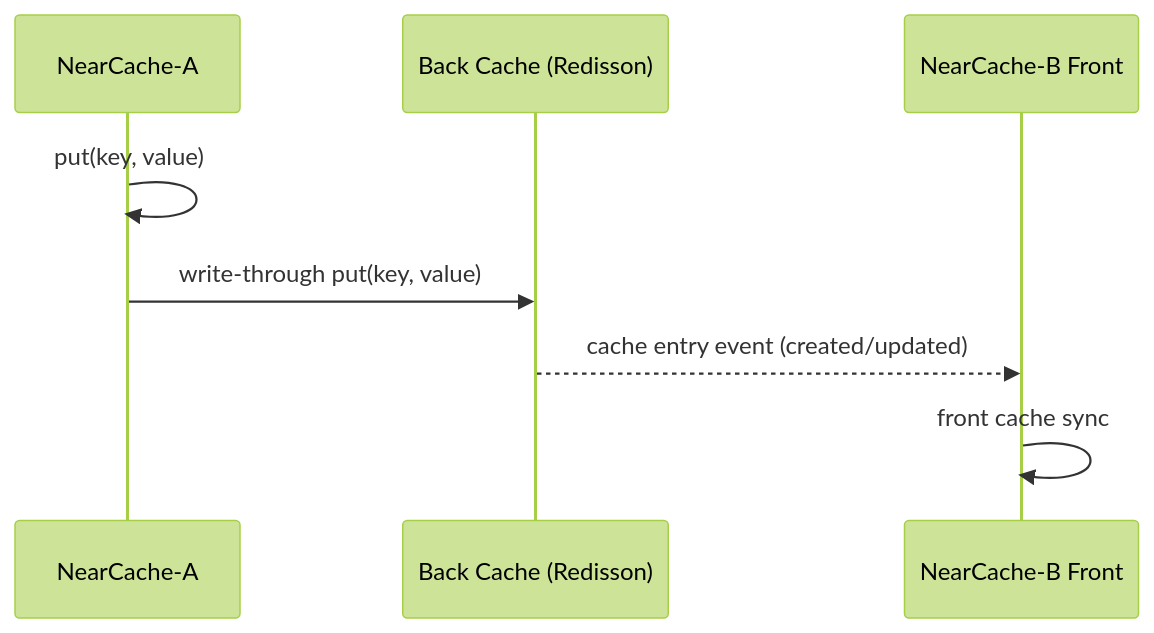
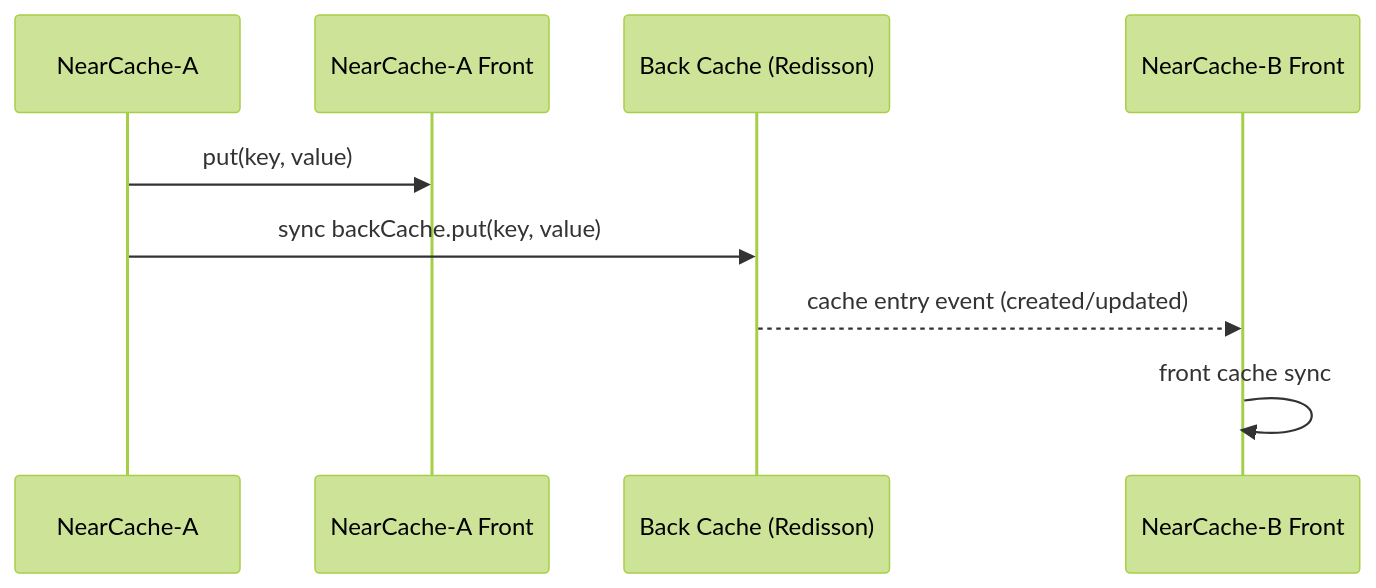
One commit to bluetape4k/bluetape4k-projects changed the third of 4 diagrams in infra/cache-redisson-near/README.md. Above: the diagram before and after it, drawn with Mermaid (forest theme). The commit also changed other lines of this file and 124 other files, not shown here.

First line of the commit message:
refactor: Cache, NearCache 용 Provider 추가

````diff
--- a/infra/cache-redisson-near/README.md
+++ b/infra/cache-redisson-near/README.md
@@ -84,10 +94,11 @@
 ```mermaid
 sequenceDiagram
     participant A as NearCache-A
+    participant F as NearCache-A Front
     participant B as Back Cache (Redisson)
     participant C as NearCache-B Front
-    A->>A: put(key, value)
-    A->>B: write-through put(key, value)
+    A ->> F: put(key, value)
+    A ->> B: sync backCache.put(key, value)
     B-->>C: cache entry event (created/updated)
     C->>C: front cache sync
 ```
````
